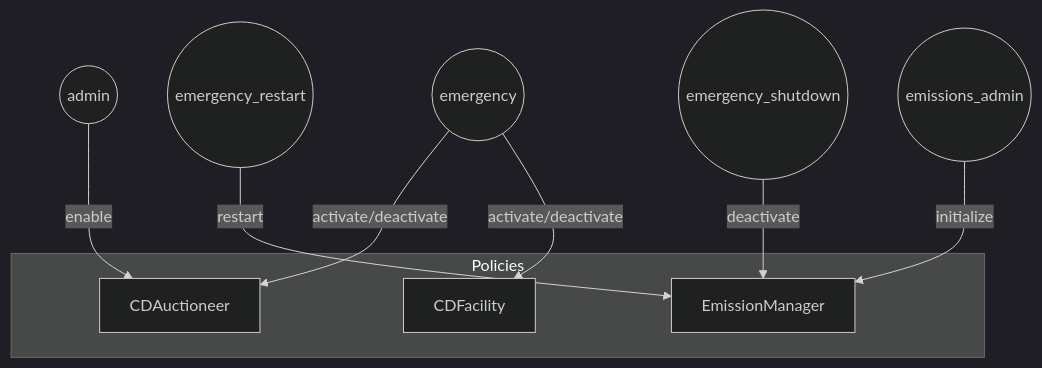
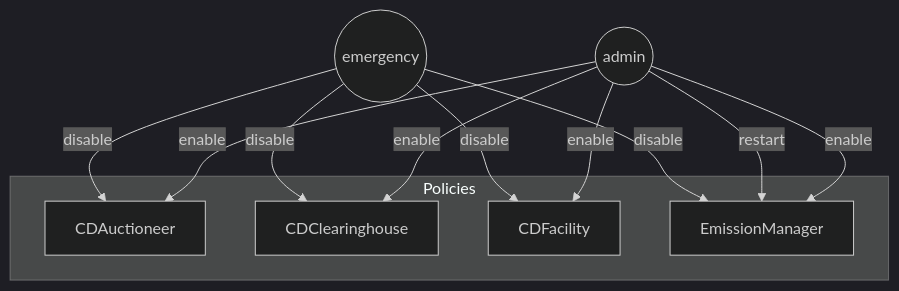
Before and after one commit to OlympusDAO/olympus-v3: the first of 7 diagrams in audit/2025-01_convertible-deposits/README.md, drawn with Mermaid (dark theme). The commit also changed other lines of this file, not shown here.

Commit message:
Add explanations/diagrams for borrow functionality

````diff
--- a/audit/2025-01_convertible-deposits/README.md
+++ b/audit/2025-01_convertible-deposits/README.md
@@ -130,15 +130,19 @@
 ```mermaid
 flowchart TD
   admin((admin)) -- enable --> CDAuctioneer
-  emergency_restart((emergency_restart)) -- restart --> EmissionManager
-  emergency((emergency)) -- activate/deactivate --> CDAuctioneer
-  emergency((emergency)) -- activate/deactivate --> CDFacility
-  emergency_shutdown((emergency_shutdown)) -- deactivate --> EmissionManager
-  emissions_admin((emissions_admin)) -- initialize --> EmissionManager
+  admin((admin)) -- enable --> CDClearinghouse
+  admin((admin)) -- enable --> CDFacility
+  admin((admin)) -- enable --> EmissionManager
+  admin((admin)) -- restart --> EmissionManager
+  emergency((emergency)) -- disable --> CDAuctioneer
+  emergency((emergency)) -- disable --> CDClearinghouse
+  emergency((emergency)) -- disable --> CDFacility
+  emergency((emergency)) -- disable --> EmissionManager
 
   subgraph Policies
     CDAuctioneer
+    CDClearinghouse
     CDFacility
     EmissionManager
   end
 ```
````
